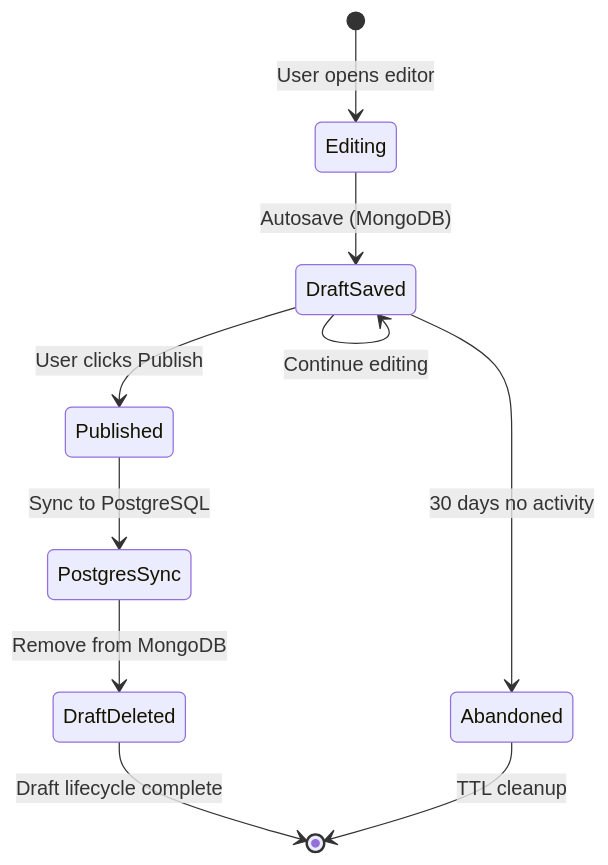
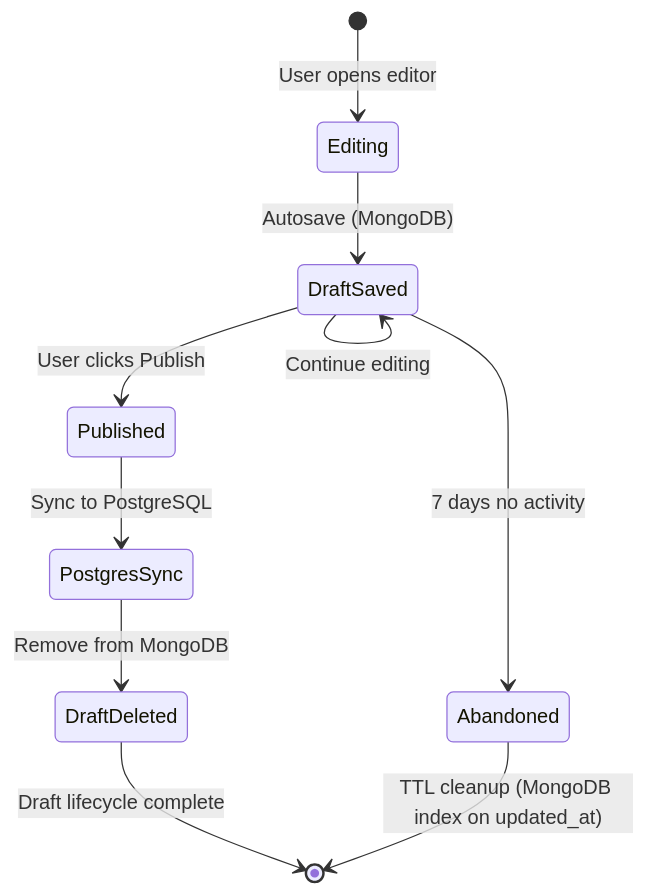
The fourth of 4 diagrams in docs/architecture/ARCHITECTURE_SUMMARY.md (Killaret/knowledge-graph), drawn with Mermaid before and after one commit. The commit also changed other lines of this file and 3 other files, not shown here.

First line of the commit message:
DOC-AUDIT-2 stage A: ARCHITECTURE_EN + ARCHITECTURE_SUMMARY vs code

````diff
--- a/docs/architecture/ARCHITECTURE_SUMMARY.md
+++ b/docs/architecture/ARCHITECTURE_SUMMARY.md
@@ -190,13 +200,13 @@
 ```mermaid
 stateDiagram-v2
     [*] --> Editing: User opens editor
     Editing --> DraftSaved: Autosave (MongoDB)
     DraftSaved --> DraftSaved: Continue editing
     DraftSaved --> Published: User clicks Publish
     Published --> PostgresSync: Sync to PostgreSQL
     PostgresSync --> DraftDeleted: Remove from MongoDB
     DraftDeleted --> [*]: Draft lifecycle complete
     
-    DraftSaved --> Abandoned: 30 days no activity
-    Abandoned --> [*]: TTL cleanup
+    DraftSaved --> Abandoned: 7 days no activity
+    Abandoned --> [*]: TTL cleanup (MongoDB index on updated_at)
 ```
````
